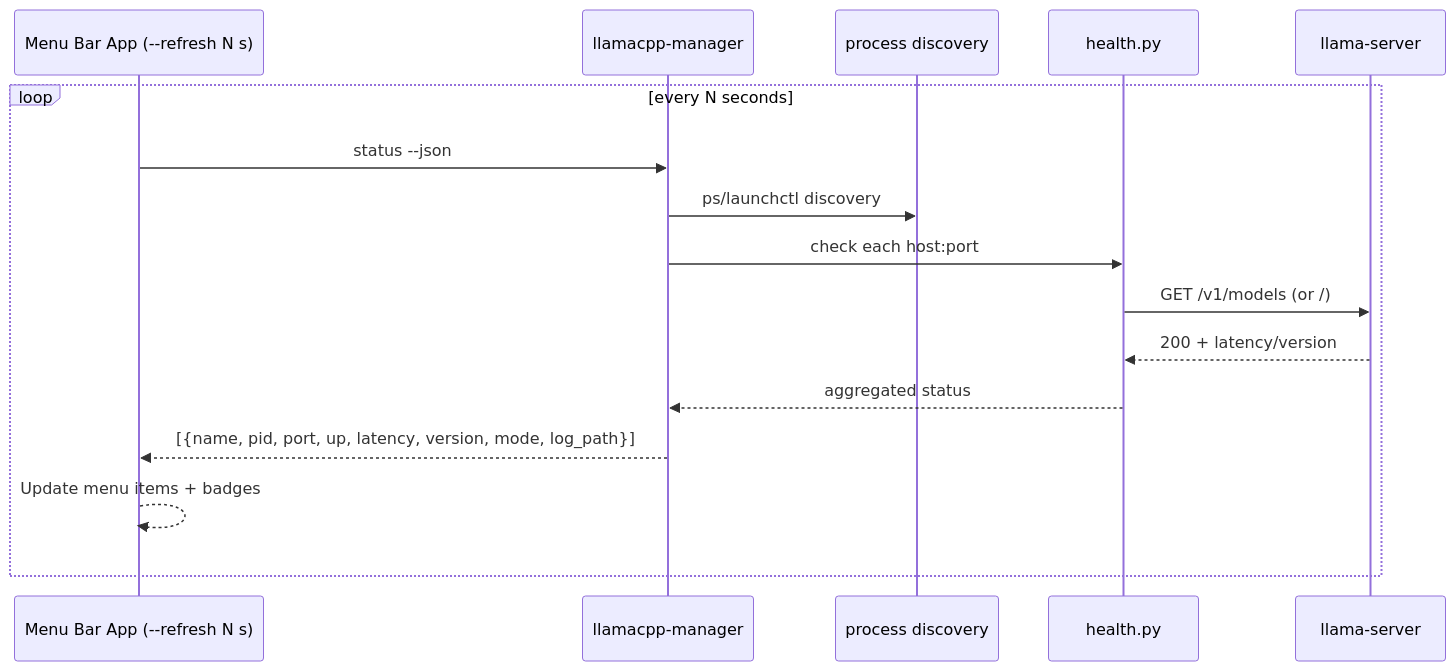
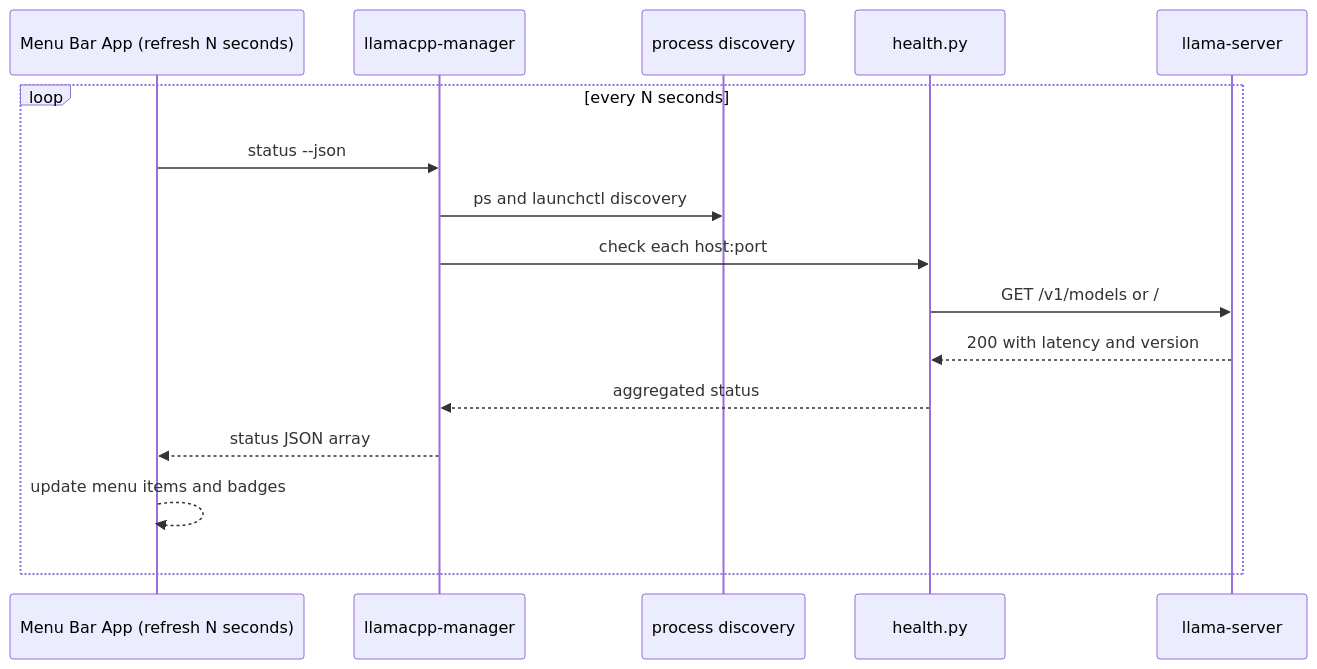
One commit to arionrepo/llamaCPPManager changed the fourth of 4 diagrams in docs/design.md. Above: the diagram before and after it, drawn with Mermaid. The commit also changed other lines of this file, not shown here.

Commit message:
docs: fix Mermaid syntax for GitHub renderer (remove parentheses in labels, adjust messages)

````diff
--- a/docs/design.md
+++ b/docs/design.md
@@ -91,19 +91,19 @@
 ```mermaid
 sequenceDiagram
-  participant GUI as Menu Bar App (--refresh N s)
+  participant GUI as Menu Bar App (refresh N seconds)
   participant CLI as llamacpp-manager
   participant DISC as process discovery
   participant H as health.py
   participant S as llama-server
 
   loop every N seconds
     GUI->>CLI: status --json
-    CLI->>DISC: ps/launchctl discovery
+    CLI->>DISC: ps and launchctl discovery
     CLI->>H: check each host:port
-    H->>S: GET /v1/models (or /)
-    S-->>H: 200 + latency/version
+    H->>S: GET /v1/models or /
+    S-->>H: 200 with latency and version
     H-->>CLI: aggregated status
-    CLI-->>GUI: [{name, pid, port, up, latency, version, mode, log_path}]
-    GUI-->>GUI: Update menu items + badges
+    CLI-->>GUI: status JSON array
+    GUI-->>GUI: update menu items and badges
   end
 ```
````
